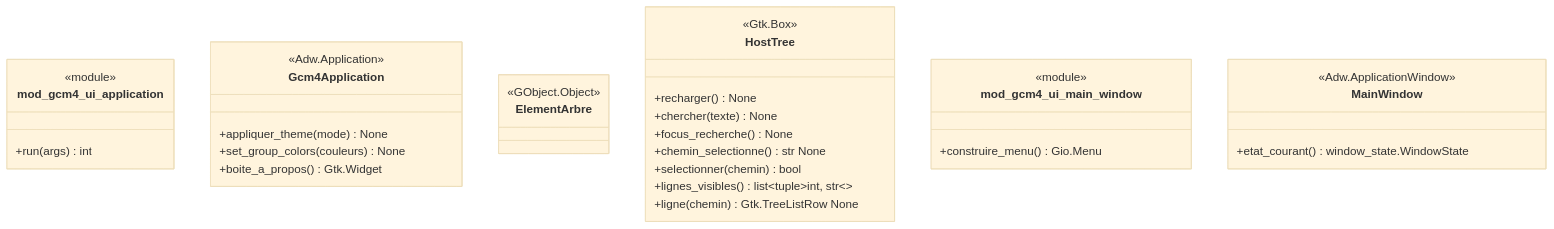
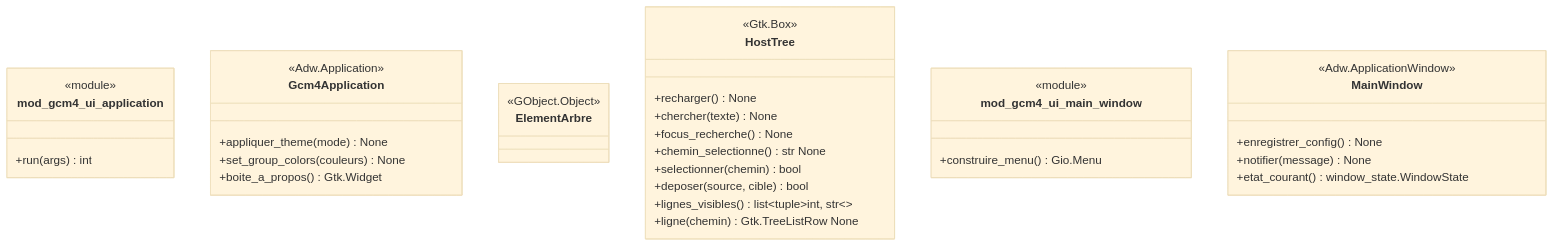
One commit to Mathide-Team/Gcm4 changed the seventh of 7 diagrams in docs/class-diagram.md. Above: the diagram before and after it, drawn with Mermaid (base theme). The commit also changed other lines of this file and 68 other files, not shown here.

Commit message:
feat(#141): glisser-déposer dans l'arbre (DragSource/DropTarget, zone vide = racine), règles dans core/deplacements, enregistrement immédiat annulé en cas d'échec ; save_config garde les clés [window] écrites en session

````diff
--- a/docs/class-diagram.md
+++ b/docs/class-diagram.md
@@ -1478,34 +1497,37 @@
 ```mermaid
 classDiagram
     class mod_gcm4_ui_application {
         <<module>>
         +run(args) int
     }
     class Gcm4Application {
         <<Adw.Application>>
         +appliquer_theme(mode) None
         +set_group_colors(couleurs) None
         +boite_a_propos() Gtk.Widget
     }
     class ElementArbre {
         <<GObject.Object>>
     }
     class HostTree {
         <<Gtk.Box>>
         +recharger() None
         +chercher(texte) None
         +focus_recherche() None
         +chemin_selectionne() str None
         +selectionner(chemin) bool
+        +deposer(source, cible) bool
         +lignes_visibles() list~tuple~int, str~~
         +ligne(chemin) Gtk.TreeListRow None
     }
     class mod_gcm4_ui_main_window {
         <<module>>
         +construire_menu() Gio.Menu
     }
     class MainWindow {
         <<Adw.ApplicationWindow>>
+        +enregistrer_config() None
+        +notifier(message) None
         +etat_courant() window_state.WindowState
     }
 ```
````
